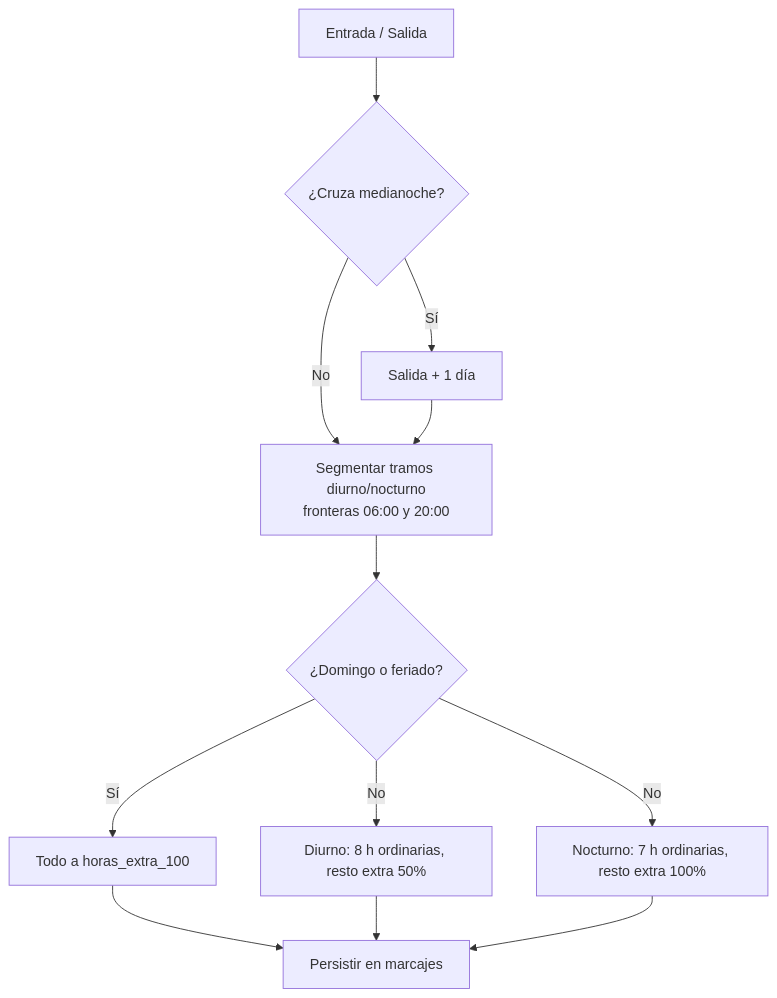
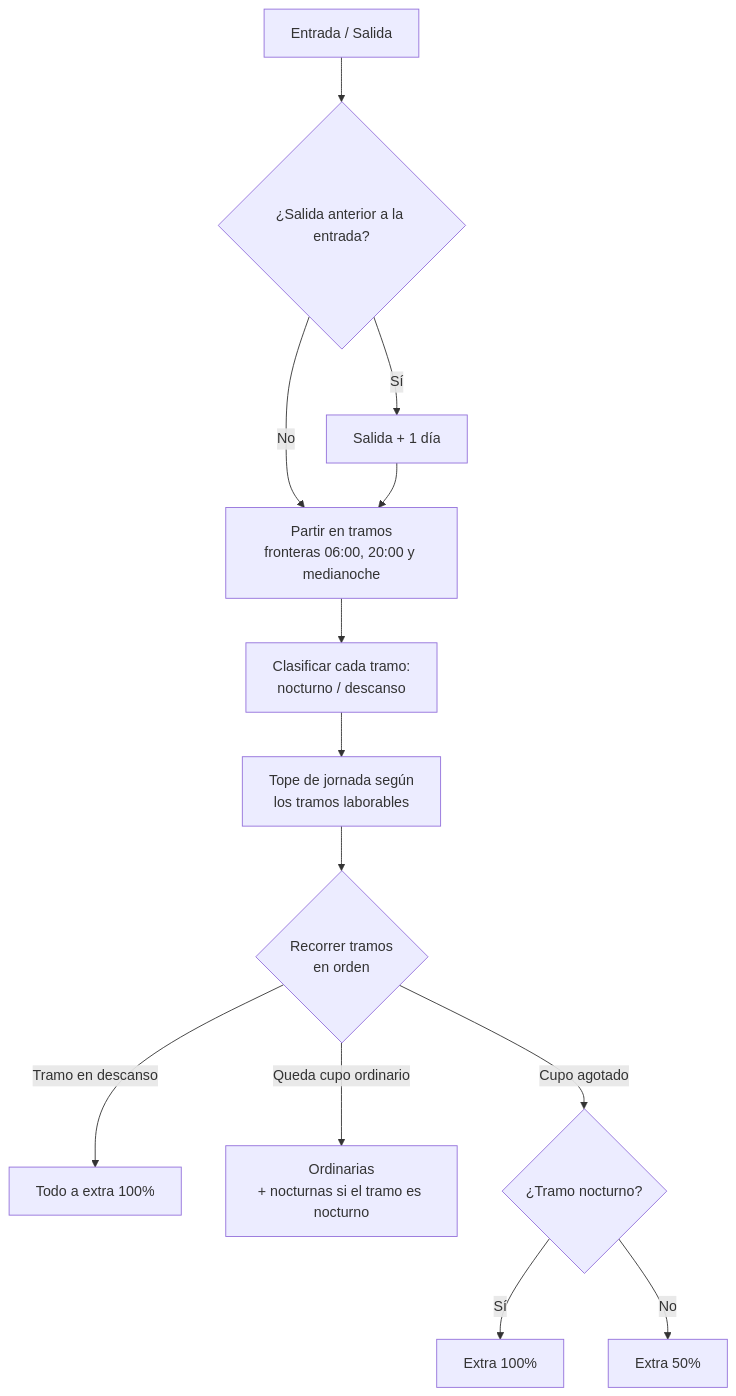
Before and after one commit to nandres/sistema-marcacion-empresarial: the diagram in Sistema de Marcacion/Motor de Reglas de Horas Extra.md, drawn with Mermaid. The commit also changed other lines of this file and 36 other files, not shown here.

````diff
--- a/Sistema de Marcacion/Motor de Reglas de Horas Extra.md
+++ b/Sistema de Marcacion/Motor de Reglas de Horas Extra.md
@@ -16,14 +33,15 @@
 ```mermaid
 flowchart TD
-    A[Entrada / Salida] --> B{¿Cruza medianoche?}
+    A[Entrada / Salida] --> B{¿Salida anterior a la entrada?}
     B -->|Sí| C[Salida + 1 día]
     B -->|No| D
-    C --> D[Segmentar tramos diurno/nocturno<br/>fronteras 06:00 y 20:00]
-    D --> E{¿Domingo o feriado?}
-    E -->|Sí| F[Todo a horas_extra_100]
-    E -->|No| G[Diurno: 8 h ordinarias, resto extra 50%]
-    E -->|No| H[Nocturno: 7 h ordinarias, resto extra 100%]
-    F --> I[Persistir en marcajes]
-    G --> I
-    H --> I
+    C --> D[Partir en tramos<br/>fronteras 06:00, 20:00 y medianoche]
+    D --> E[Clasificar cada tramo:<br/>nocturno / descanso]
+    E --> F[Tope de jornada según<br/>los tramos laborables]
+    F --> G{Recorrer tramos<br/>en orden}
+    G -->|Tramo en descanso| H[Todo a extra 100%]
+    G -->|Queda cupo ordinario| I[Ordinarias<br/>+ nocturnas si el tramo es nocturno]
+    G -->|Cupo agotado| J{¿Tramo nocturno?}
+    J -->|Sí| K[Extra 100%]
+    J -->|No| L[Extra 50%]
 ```
````
